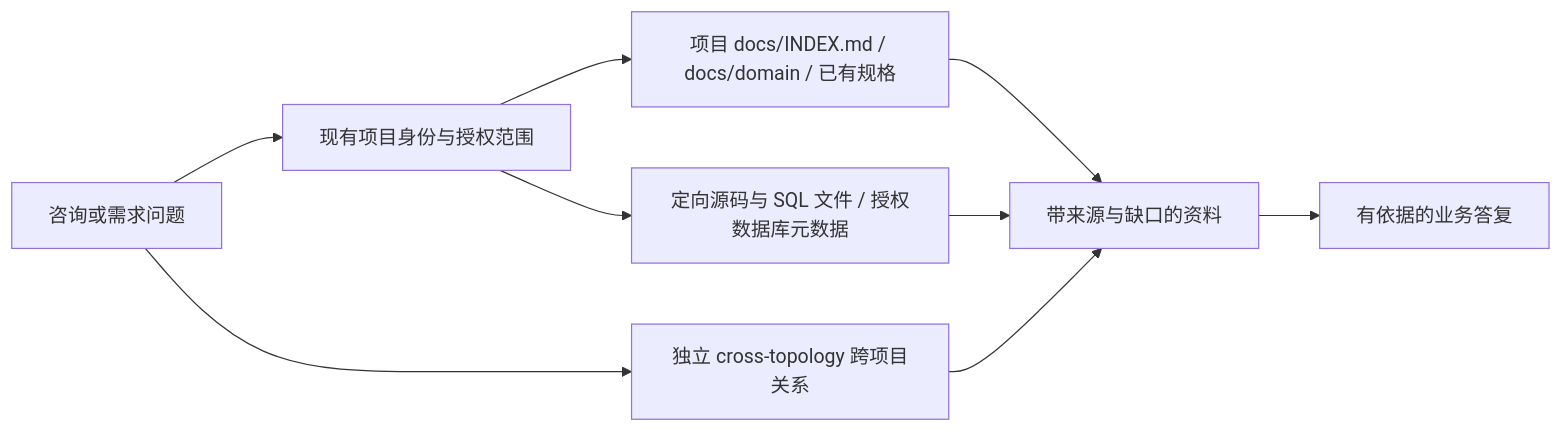
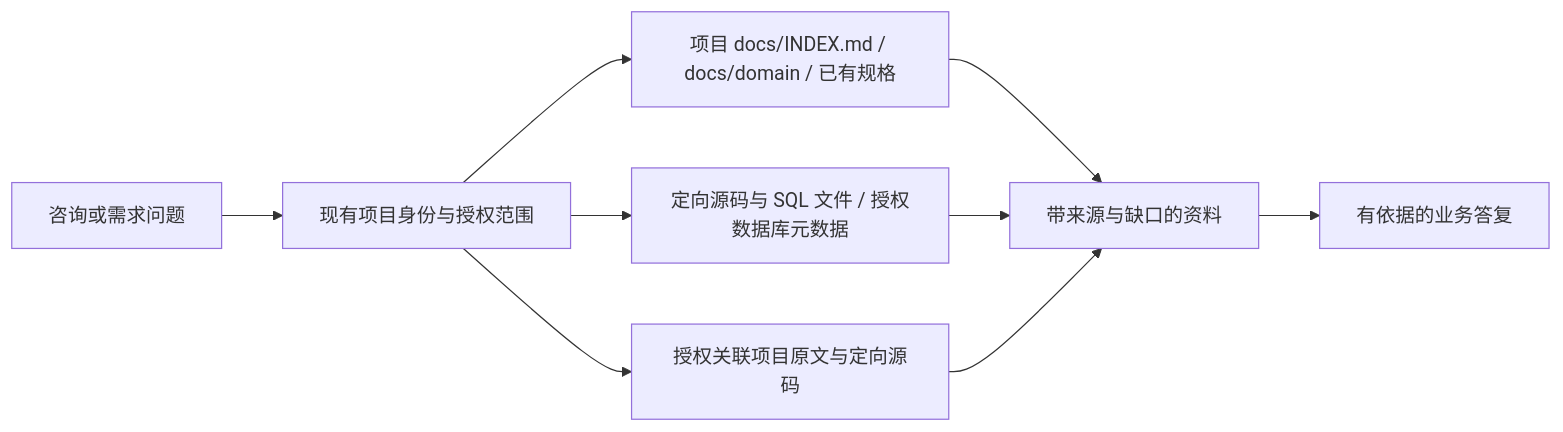
The first of 45 diagrams in docs/ai-coding-architecture.md (exception-coder/kai-toolbox), drawn with Mermaid before and after one commit. The commit also changed other lines of this file and 67 other files, not shown here.

First line of the commit message:
refactor(knowledge): 退役公共图谱并接入项目内知识规则

````diff
--- a/docs/ai-coding-architecture.md
+++ b/docs/ai-coding-architecture.md
@@ -21,11 +21,11 @@
 ```mermaid
 flowchart LR
     Q[咨询或需求问题] --> S[现有项目身份与授权范围]
     S --> K[项目 docs/INDEX.md / docs/domain / 已有规格]
     S --> C[定向源码与 SQL 文件 / 授权数据库元数据]
-    Q --> T[独立 cross-topology 跨项目关系]
+    S --> T[授权关联项目原文与定向源码]
     K --> E[带来源与缺口的资料]
     C --> E
     T --> E
     E --> A[有依据的业务答复]
 ```
````
